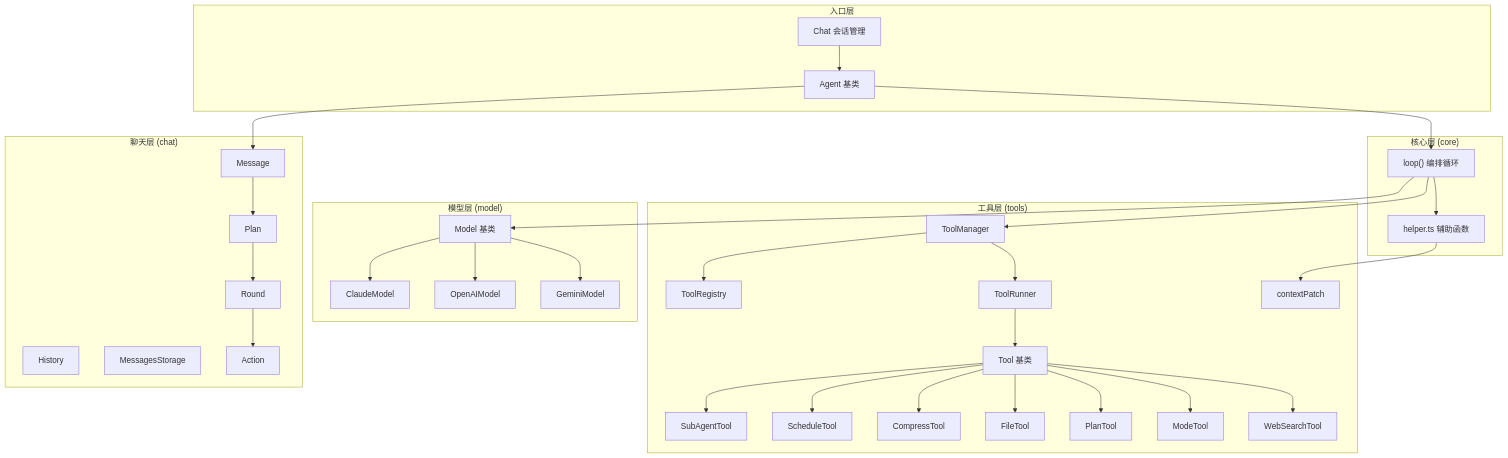
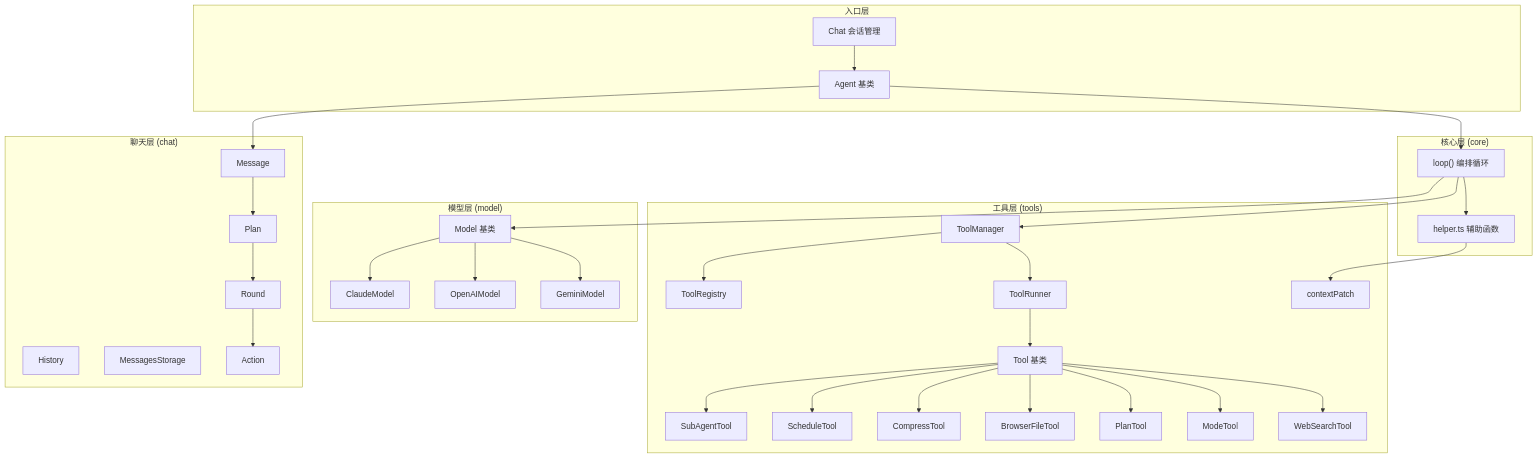
Before and after one commit to code-records/website: the diagram in plugins/docusaurus-plugin-doc-agent/src/agent/analysis_results.md, drawn with Mermaid. The commit also changed 16 other files, not shown here.

````diff
--- a/plugins/docusaurus-plugin-doc-agent/src/agent/analysis_results.md
+++ b/plugins/docusaurus-plugin-doc-agent/src/agent/analysis_results.md
@@ -5,58 +5,58 @@
 ```mermaid
 graph TD
     subgraph "入口层"
         Agent["Agent 基类"]
         Chat["Chat 会话管理"]
     end
 
     subgraph "核心层 (core)"
         Loop["loop() 编排循环"]
         Helper["helper.ts 辅助函数"]
     end
 
     subgraph "模型层 (model)"
         Model["Model 基类"]
         Claude["ClaudeModel"]
         OpenAI["OpenAIModel"]
         Gemini["GeminiModel"]
     end
 
     subgraph "工具层 (tools)"
         ToolBase["Tool 基类"]
         ToolMgr["ToolManager"]
         ToolReg["ToolRegistry"]
         ToolRun["ToolRunner"]
         CtxPatch["contextPatch"]
         SubAgent["SubAgentTool"]
         Schedule["ScheduleTool"]
         Compress["CompressTool"]
-        File["FileTool"]
+        File["BrowserFileTool"]
         Plan2["PlanTool"]
         Mode["ModeTool"]
         WebSearch["WebSearchTool"]
     end
 
     subgraph "聊天层 (chat)"
         Message["Message"]
         History["History"]
         MessagesStorage["MessagesStorage"]
         Plan["Plan"]
         Round["Round"]
         Action["Action"]
     end
 
     Chat --> Agent
     Agent --> Loop
     Loop --> Model
     Loop --> ToolMgr
     ToolMgr --> ToolReg
     ToolMgr --> ToolRun
     ToolRun --> ToolBase
     Model --> Claude & OpenAI & Gemini
     ToolBase --> SubAgent & Schedule & Compress & File & Plan2 & Mode & WebSearch
     Agent --> Message
     Loop --> Helper
     Helper --> CtxPatch
     Plan --> Round --> Action
     Message --> Plan
 ```
````
